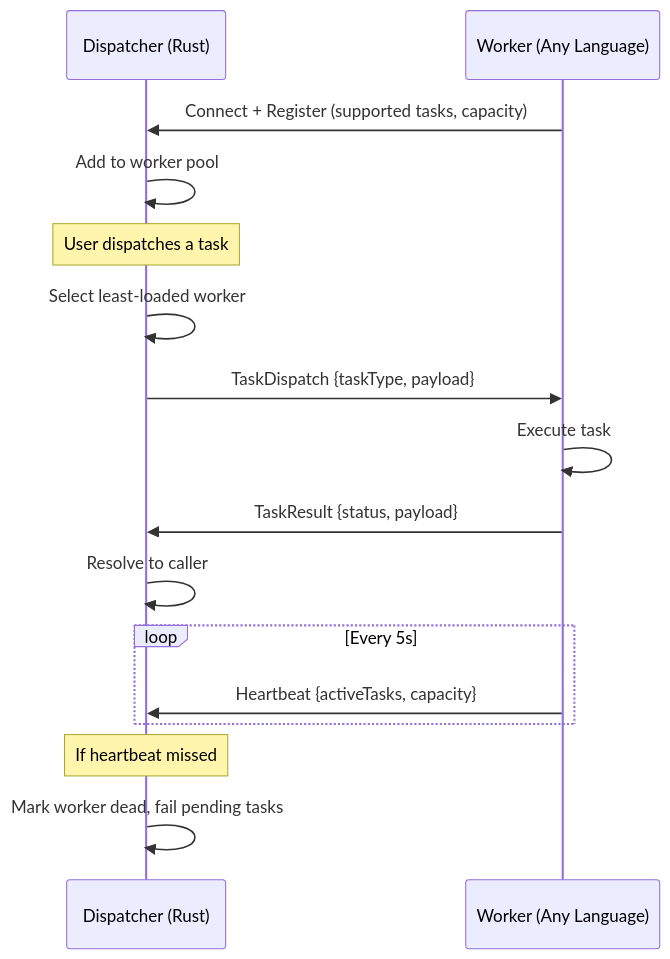
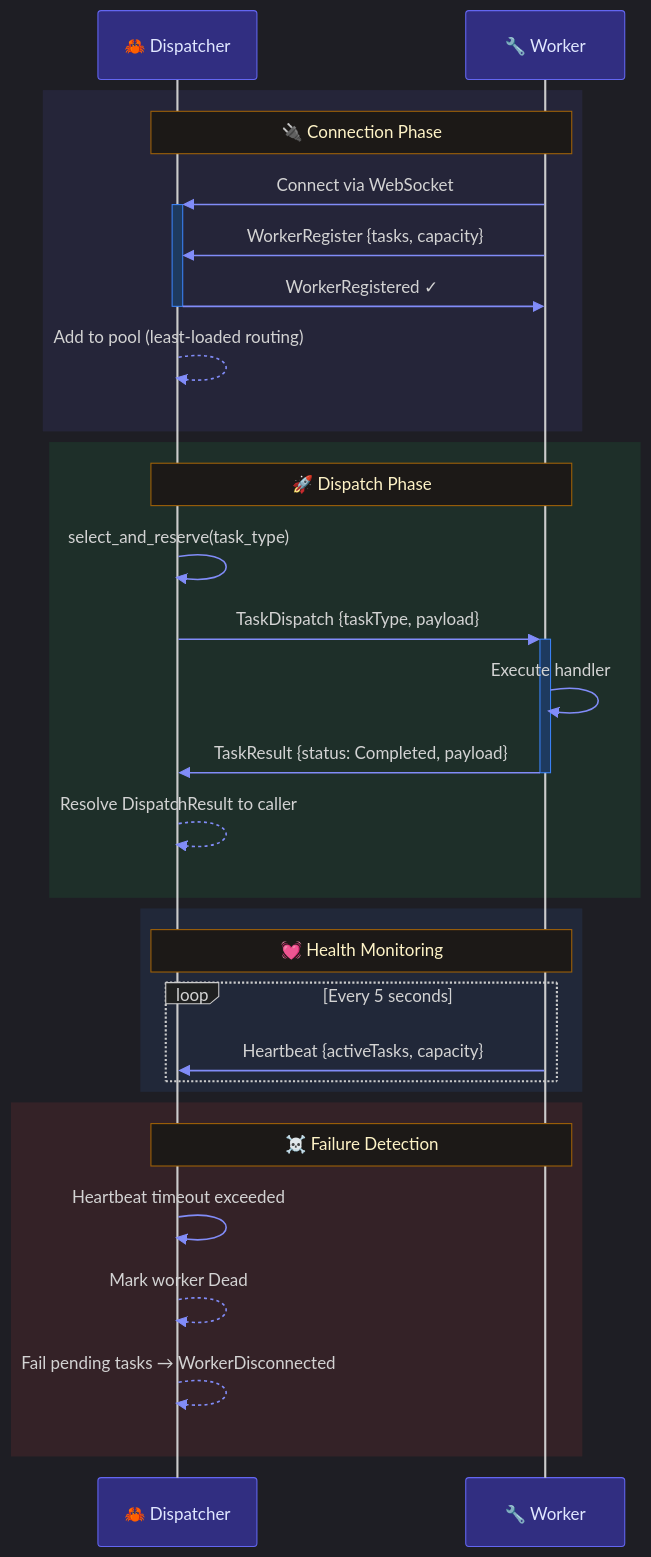
Before and after one commit to albyteai/rust-pipe: the second of 5 diagrams in README.md, drawn with Mermaid. The commit also changed other lines of this file, not shown here.

Commit message:
Enhance README with styled diagrams and visual documentation

````diff
--- a/README.md
+++ b/README.md
@@ -26,22 +58,38 @@
 ```mermaid
+%%{init: {'theme': 'dark', 'themeVariables': { 'primaryColor': '#1f2937', 'primaryTextColor': '#f9fafb', 'primaryBorderColor': '#6366f1', 'lineColor': '#818cf8', 'secondaryColor': '#374151', 'tertiaryColor': '#111827', 'actorBkg': '#312e81', 'actorBorder': '#6366f1', 'actorTextColor': '#e0e7ff', 'activationBkgColor': '#1e3a5f', 'activationBorderColor': '#3b82f6', 'signalColor': '#818cf8', 'noteBkgColor': '#1c1917', 'noteBorderColor': '#a16207', 'noteTextColor': '#fef3c7'}}}%%
+
 sequenceDiagram
-    participant D as Dispatcher (Rust)
-    participant W as Worker (Any Language)
+    participant D as 🦀 Dispatcher
+    participant W as 🔧 Worker
 
-    W->>D: Connect + Register (supported tasks, capacity)
-    D->>D: Add to worker pool
-
-    Note over D: User dispatches a task
-    D->>D: Select least-loaded worker
-    D->>W: TaskDispatch {taskType, payload}
-    W->>W: Execute task
-    W->>D: TaskResult {status, payload}
-    D->>D: Resolve to caller
-
-    loop Every 5s
-        W->>D: Heartbeat {activeTasks, capacity}
+    rect rgba(99, 102, 241, 0.1)
+        Note over D,W: 🔌 Connection Phase
+        W->>+D: Connect via WebSocket
+        W->>D: WorkerRegister {tasks, capacity}
+        D->>-W: WorkerRegistered ✓
+        D-->>D: Add to pool (least-loaded routing)
     end
 
-    Note over D: If heartbeat missed
-    D->>D: Mark worker dead, fail pending tasks
+    rect rgba(34, 197, 94, 0.1)
+        Note over D,W: 🚀 Dispatch Phase
+        D->>D: select_and_reserve(task_type)
+        D->>+W: TaskDispatch {taskType, payload}
+        W->>W: Execute handler
+        W->>-D: TaskResult {status: Completed, payload}
+        D-->>D: Resolve DispatchResult to caller
+    end
+
+    rect rgba(59, 130, 246, 0.1)
+        Note over D,W: 💓 Health Monitoring
+        loop Every 5 seconds
+            W->>D: Heartbeat {activeTasks, capacity}
+        end
+    end
+
+    rect rgba(239, 68, 68, 0.1)
+        Note over D,W: ☠️ Failure Detection
+        D->>D: Heartbeat timeout exceeded
+        D-->>D: Mark worker Dead
+        D-->>D: Fail pending tasks → WorkerDisconnected
+    end
 ```
````
